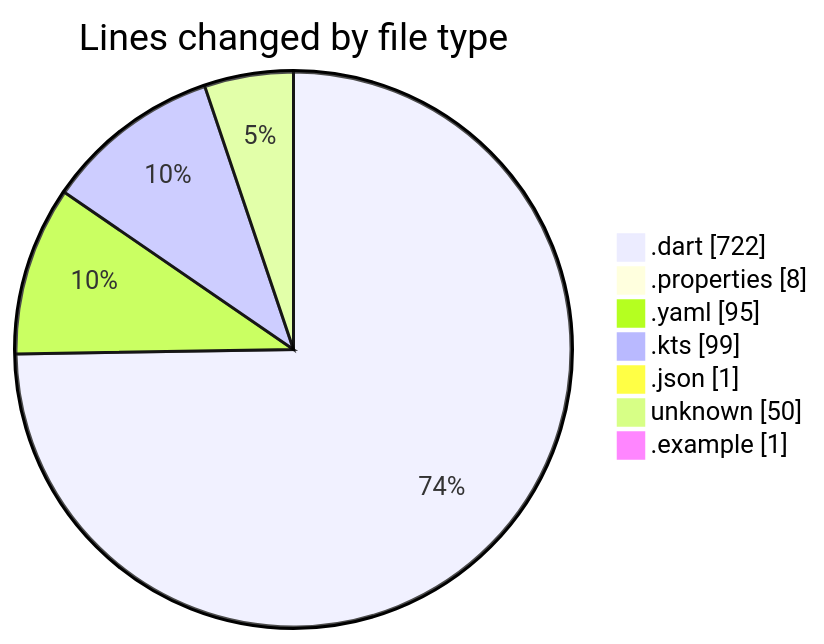
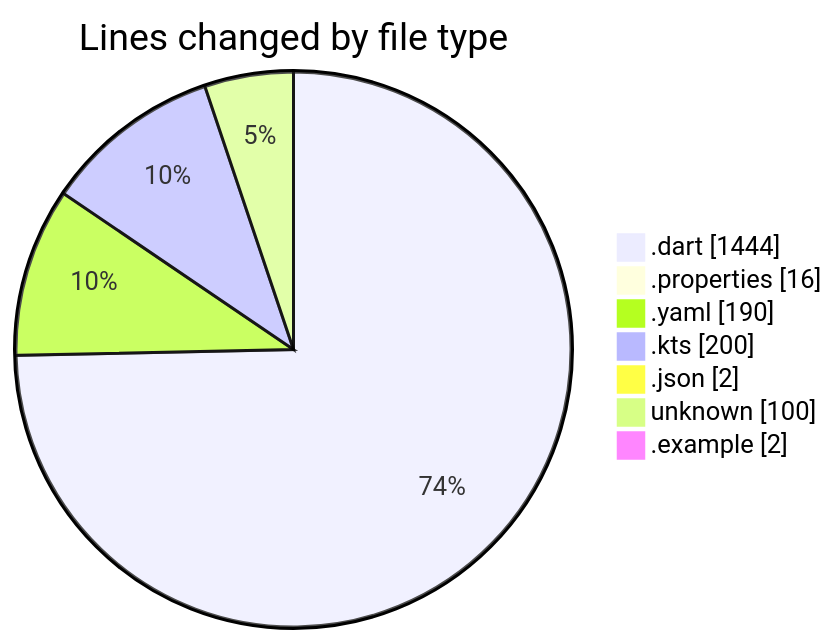
Before and after one commit to donsfak/code-tracking: the first of 2 diagrams in 2025-10-31/weather_insights_app/README.md, drawn with Mermaid. The commit also changed other lines of this file and 1 other file, not shown here.

````diff
--- a/2025-10-31/weather_insights_app/README.md
+++ b/2025-10-31/weather_insights_app/README.md
@@ -31,11 +31,11 @@
 ```mermaid
 pie showData
 title Lines changed by file type
-".dart" : 722
-".properties" : 8
-".yaml" : 95
-".kts" : 99
-".json" : 1
-"unknown" : 50
-".example" : 1
+".dart" : 1444
+".properties" : 16
+".yaml" : 190
+".kts" : 200
+".json" : 2
+"unknown" : 100
+".example" : 2
 ```
````
